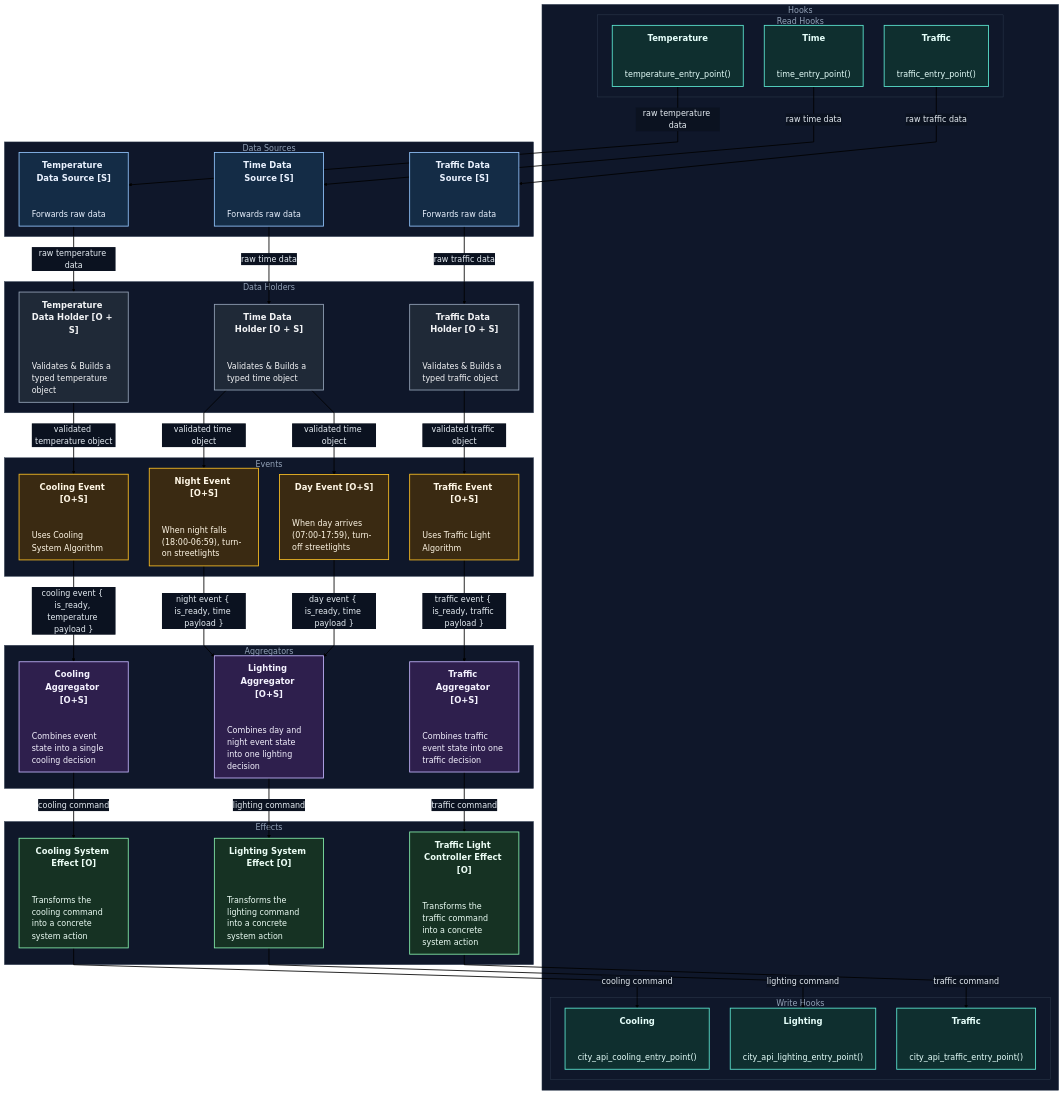
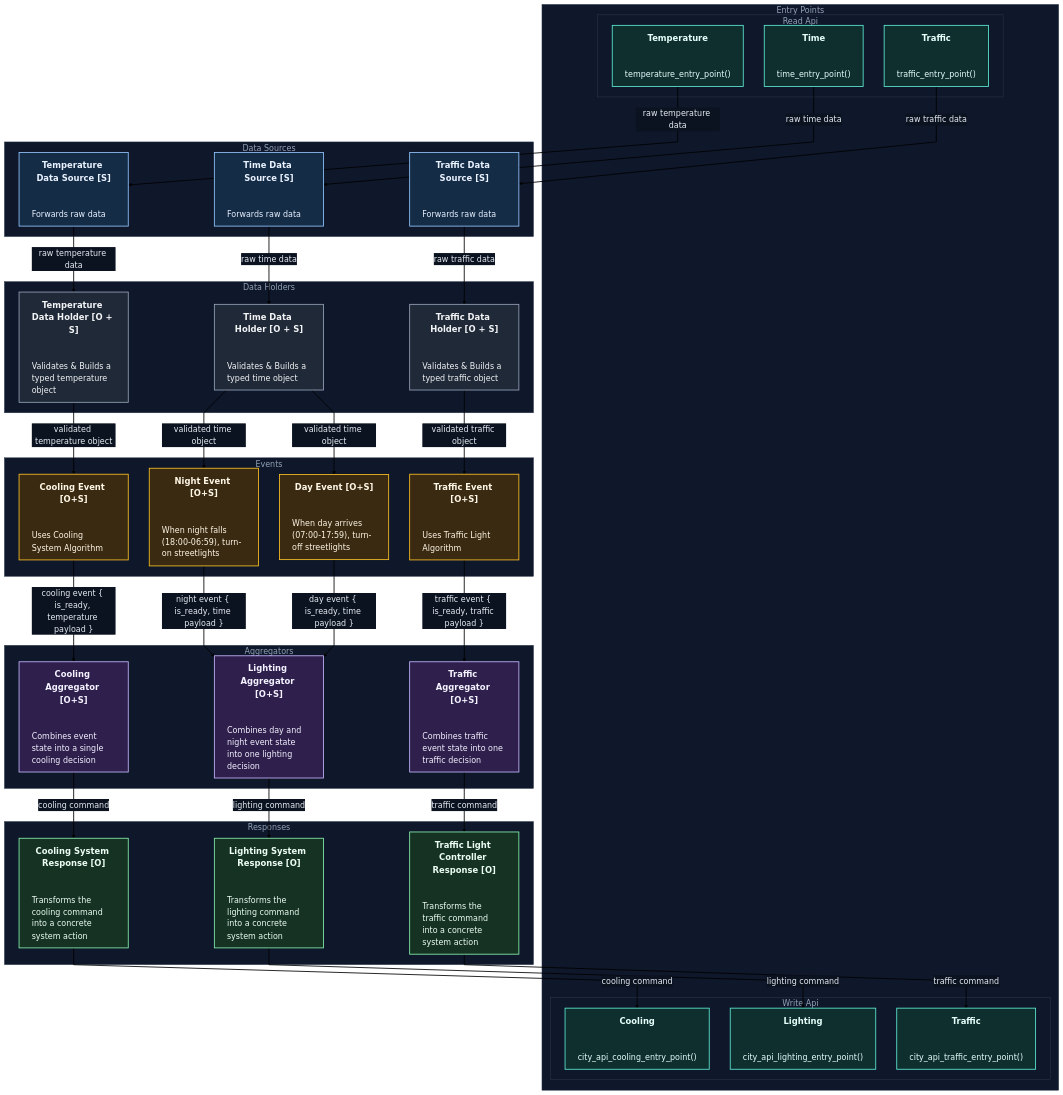
Before and after one commit to orsha2/Smart-City: the diagram in docs/overview.md, drawn with Mermaid. The commit also changed other lines of this file and 6 other files, not shown here.

```diff
--- a/docs/overview.md
+++ b/docs/overview.md
@@ -24,10 +24,10 @@
 
 flowchart TD
 
-%% Hooks
-subgraph HOOKS["Hooks"]
+%% Entry Points
+subgraph ENTRY POINTS["Entry Points"]
 
-subgraph READ_HOOKS["Read Hooks"]
+subgraph READ_API["Read Api"]
 
 INPUT_TEMP["<div style='text-align:center;font-size:20px;font-weight:700;'>Temperature</div>
 
@@ -43,7 +43,7 @@
 
 end
 
-subgraph WRITE_HOOKS["Write Hooks"]
+subgraph WRITE_API["Write Api"]
 
 OUTPUT_COOL["<div style='text-align:center;font-size:20px;font-weight:700;'>Cooling</div>
 
@@ -133,18 +133,18 @@
 
 end
 
-%% Effects
-subgraph EFFECTS["Effects"]
+%% Response
+subgraph Responses["Responses"]
 
-EFF_COOL["<div style='text-align:center;font-size:20px;font-weight:700;'>Cooling System Effect [O]</div>
+EFF_COOL["<div style='text-align:center;font-size:20px;font-weight:700;'>Cooling System Response [O]</div>
 
 <div style='text-align:left'>Transforms the cooling command into a concrete system action</div>"]
 
-EFF_LIGHT["<div style='text-align:center;font-size:20px;font-size:20px;font-weight:700;'>Lighting System Effect [O]</div>
+EFF_LIGHT["<div style='text-align:center;font-size:20px;font-size:20px;font-weight:700;'>Lighting System Response [O]</div>
 
 <div style='text-align:left'>Transforms the lighting command into a concrete system action</div>"]
 
-EFF_TRAFFIC["<div style='text-align:center;font-size:20px;font-weight:700;'>Traffic Light Controller Effect [O]</div>
+EFF_TRAFFIC["<div style='text-align:center;font-size:20px;font-weight:700;'>Traffic Light Controller Response [O]</div>
 
 <div style='text-align:left'>Transforms the traffic command into a concrete system action</div>"]
 
@@ -180,20 +180,20 @@
 
 %% Node styles
 classDef mainStyle fill:#132033,stroke:#7dd3fc,color:#e6edf3,stroke-width:2px;
-classDef hooksStyle fill:#0f2f2f,stroke:#5eead4,color:#e6fffb,stroke-width:2px;
+classDef entrypointStyle fill:#0f2f2f,stroke:#5eead4,color:#e6fffb,stroke-width:2px;
 classDef sourceStyle fill:#142c46,stroke:#93c5fd,color:#eaf2ff,stroke-width:2px;
 classDef holderStyle fill:#1f2937,stroke:#94a3b8,color:#f3f4f6,stroke-width:2px;
 classDef triggerStyle fill:#3a2a12,stroke:#fbbf24,color:#fff7e6,stroke-width:2px;
 classDef aggregatorStyle fill:#2e1f4d,stroke:#c4b5fd,color:#f5f3ff,stroke-width:2px;
-classDef effectStyle fill:#163223,stroke:#86efac,color:#ecfdf5,stroke-width:2px;
+classDef responseStyle fill:#163223,stroke:#86efac,color:#ecfdf5,stroke-width:2px;
 classDef envStyle fill:#3b1830,stroke:#f9a8d4,color:#fdf2f8,stroke-width:2px;
 
-class INPUT_TEMP,INPUT_TIME,INPUT_TRAFFIC,OUTPUT_COOL,OUTPUT_LIGHT,OUTPUT_TRAFFIC hooksStyle
+class INPUT_TEMP,INPUT_TIME,INPUT_TRAFFIC,OUTPUT_COOL,OUTPUT_LIGHT,OUTPUT_TRAFFIC entrypointStyle
 class DS_TEMP,DS_TIME,DS_TRAFFIC sourceStyle
 class DH_TEMP,DH_TIME,DH_TRAFFIC holderStyle
 class EV_COOL,EV_NIGHT,EV_DAY,EV_TRAFFIC triggerStyle
 class AGG_COOL,AGG_LIGHT,AGG_TRAFFIC aggregatorStyle
-class EFF_COOL,EFF_LIGHT,EFF_TRAFFIC effectStyle
+class EFF_COOL,EFF_LIGHT,EFF_TRAFFIC responseStyle
 
 linkStyle default stroke:#000000,stroke-width:2px
 
```
